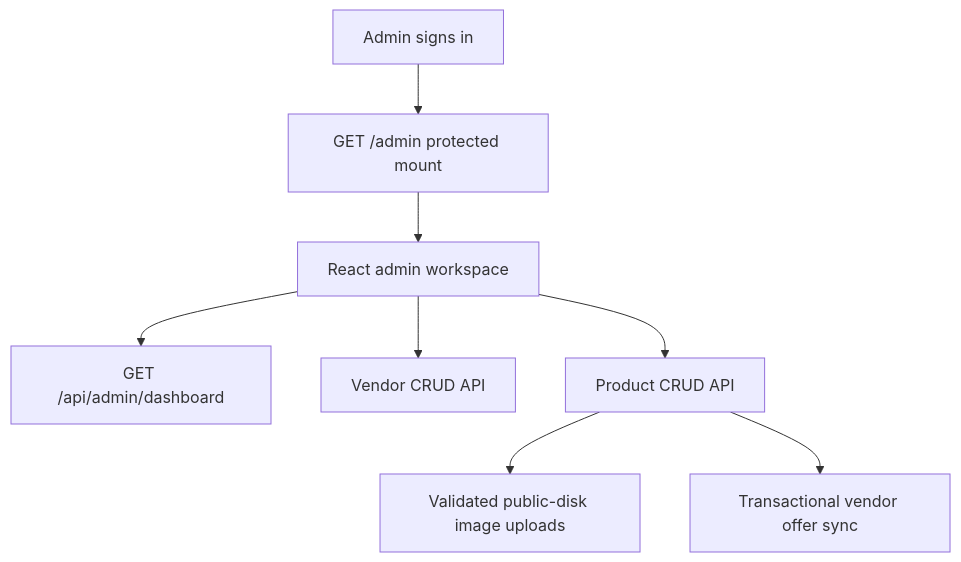
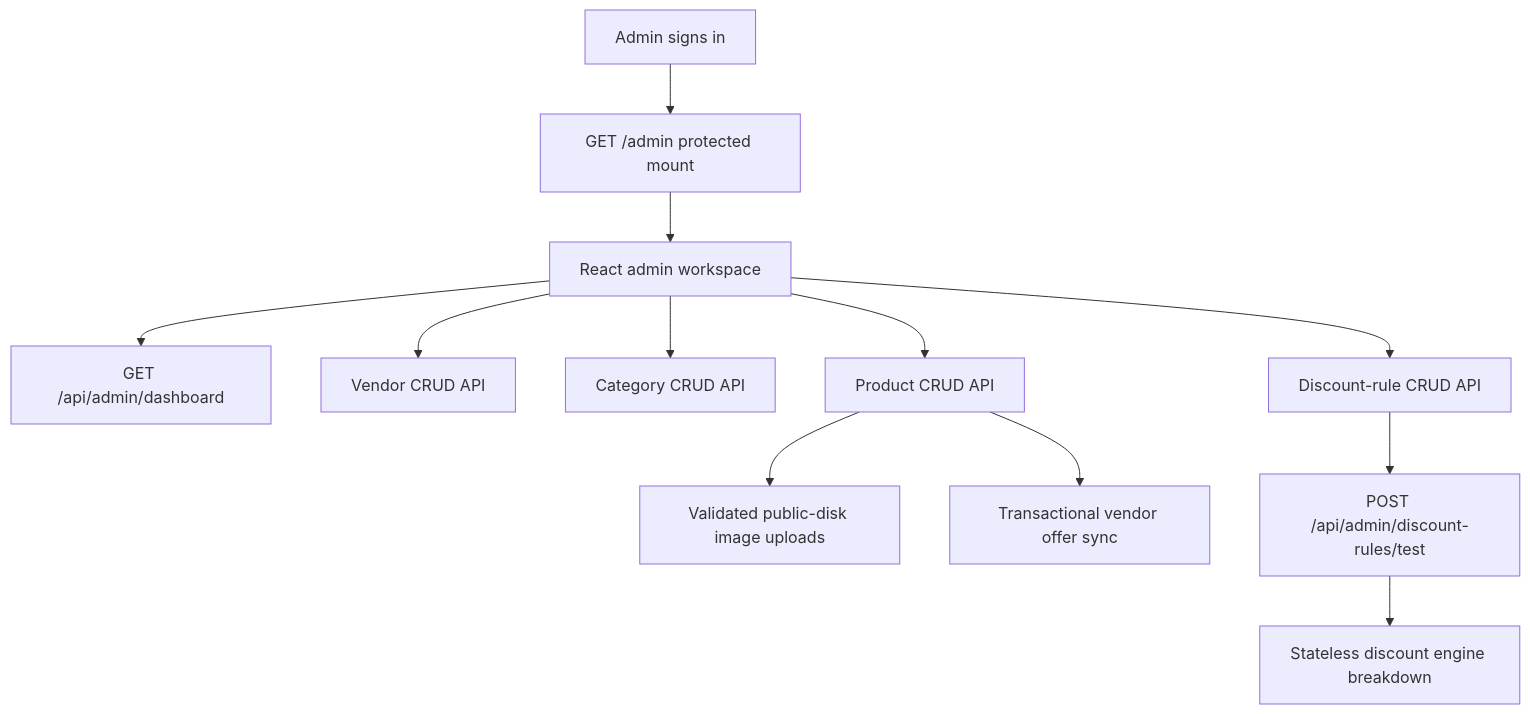
One commit to artgolwebdev/lara-multi-vendors-shop changed the third of 3 diagrams in docs/product/user-flows.md. Above: the diagram before and after it, drawn with Mermaid. The commit also changed other lines of this file and 66 other files, not shown here.

Commit message:
Implement admin categories and discount rules

````diff
--- a/docs/product/user-flows.md
+++ b/docs/product/user-flows.md
@@ -36,10 +36,14 @@
 ```mermaid
 flowchart TD
     Admin[Admin signs in] --> Mount[GET /admin protected mount]
     Mount --> React[React admin workspace]
     React --> Dashboard[GET /api/admin/dashboard]
     React --> Vendors[Vendor CRUD API]
+    React --> Categories[Category CRUD API]
     React --> Products[Product CRUD API]
     Products --> Upload[Validated public-disk image uploads]
     Products --> Offers[Transactional vendor offer sync]
+    React --> Discounts[Discount-rule CRUD API]
+    Discounts --> TestPanel[POST /api/admin/discount-rules/test]
+    TestPanel --> Engine[Stateless discount engine breakdown]
 ```
````
